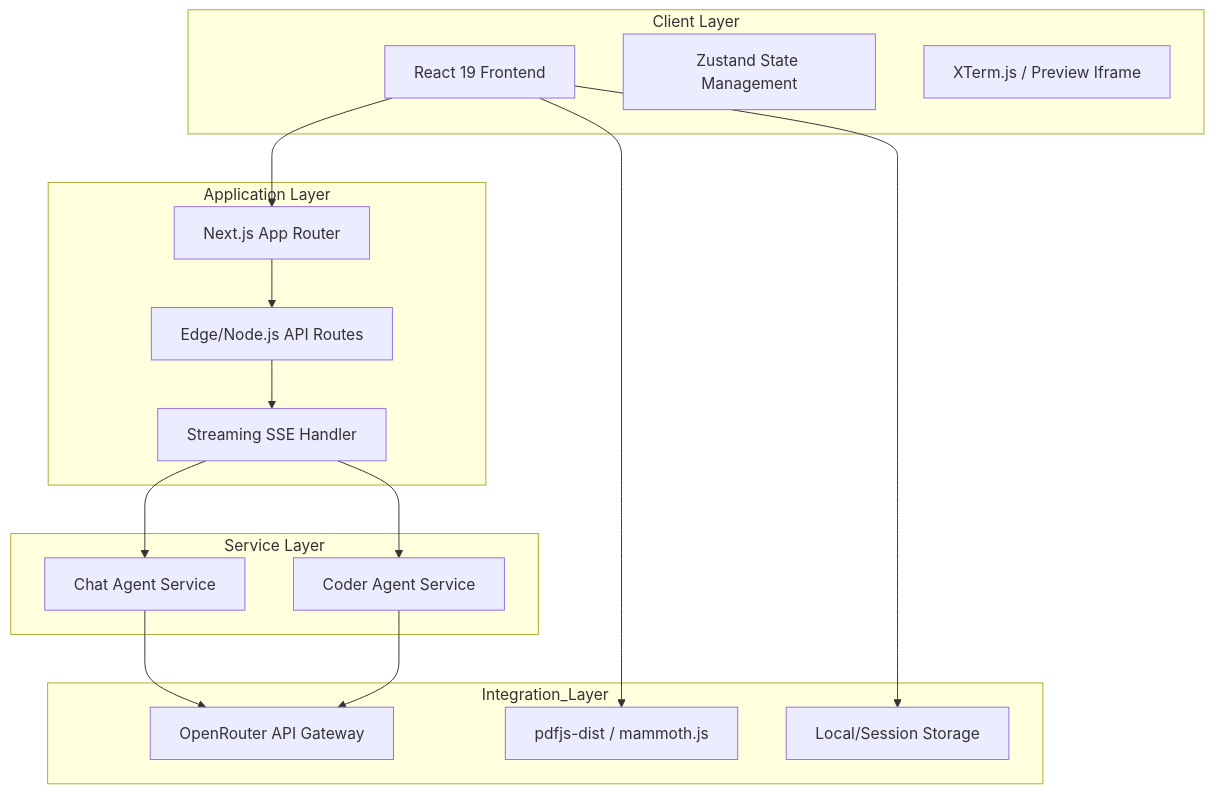
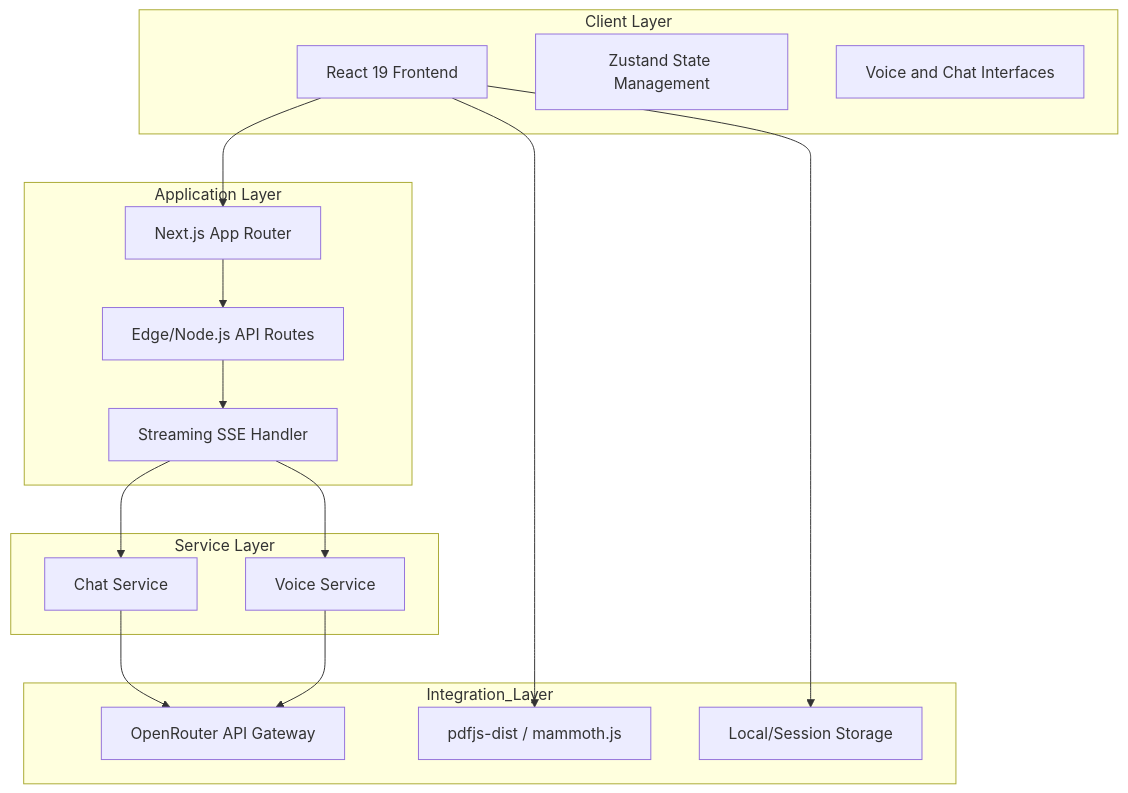
Before and after one commit to Suryanshu-Nabheet/AiBoT: the diagram in docs/architecture.md, drawn with Mermaid. The commit also changed other lines of this file and 32 other files, not shown here.

First line of the commit message:
refactor: remove coder mode and make voice standalone

````diff
--- a/docs/architecture.md
+++ b/docs/architecture.md
@@ -9,35 +9,35 @@
 ```mermaid
 graph TB
     subgraph Client_Layer [Client Layer]
         A[React 19 Frontend]
         B[Zustand State Management]
-        C[XTerm.js / Preview Iframe]
+        C[Voice and Chat Interfaces]
     end
 
     subgraph Application_Layer [Application Layer]
         D[Next.js App Router]
         E[Edge/Node.js API Routes]
         F[Streaming SSE Handler]
     end
 
     subgraph Service_Layer [Service Layer]
-        G[Chat Agent Service]
-        H[Coder Agent Service]
+        G[Chat Service]
+        H[Voice Service]
     end
 
     subgraph Integration_Layer [Integration_Layer]
         J[OpenRouter API Gateway]
         K[pdfjs-dist / mammoth.js]
         L[Local/Session Storage]
     end
 
     A --> D
     A --> K
     D --> E
     E --> F
     F --> G
+    G --> J
     F --> H
-    G --> J
     H --> J
     A --> L
 ```
````
